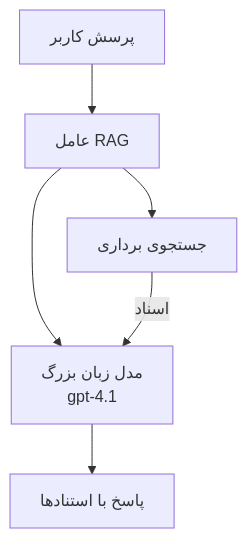
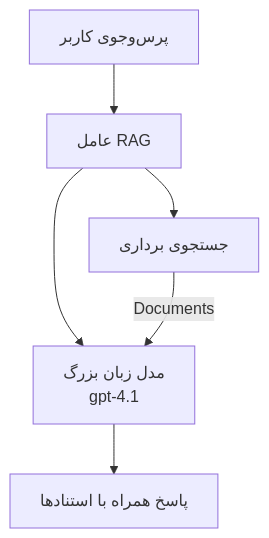
One commit to microsoft/AZD-for-beginners changed the second of 3 diagrams in translations/fa/docs/chapter-02-ai-development/agents.md. Above: the diagram before and after it, drawn with Mermaid. The commit also changed other lines of this file and 60 other files, not shown here.

````diff
--- a/translations/fa/docs/chapter-02-ai-development/agents.md
+++ b/translations/fa/docs/chapter-02-ai-development/agents.md
@@ -181,8 +181,8 @@
 ```mermaid
 graph TD
-    Query[پرسش کاربر] --> RAG[عامل RAG]
+    Query[پرس‌وجوی کاربر] --> RAG[عامل RAG]
     RAG --> Vector[جستجوی برداری]
     RAG --> LLM[مدل زبان بزرگ<br/>gpt-4.1]
-    Vector -- اسناد --> LLM
-    LLM --> Response[پاسخ با استنادها]
+    Vector -- Documents --> LLM
+    LLM --> Response[پاسخ همراه با استنادها]
 ```
````
